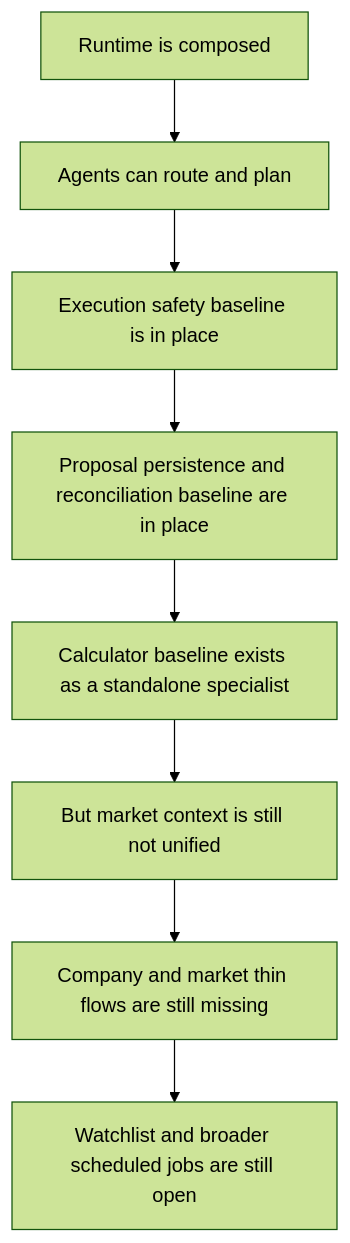
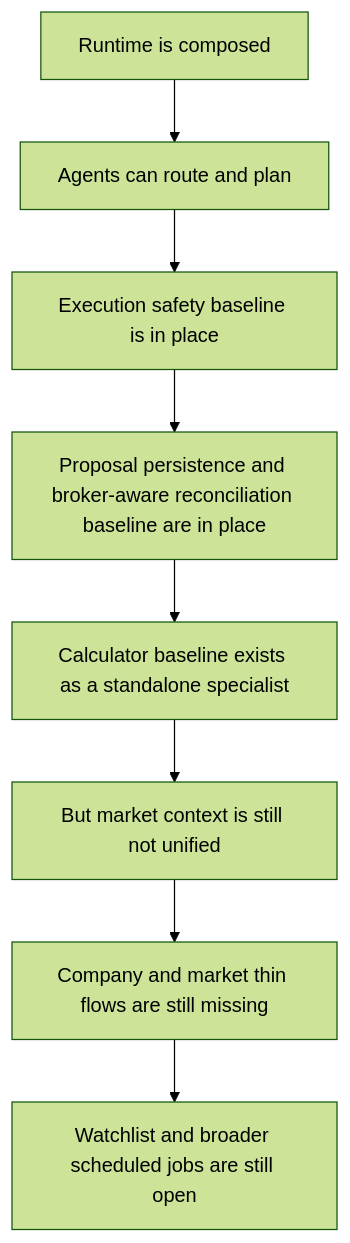
Before and after one commit to applebar17/T212AI: the seventh of 8 diagrams in docs/ARCHITECTURE_DIAGRAMS.md, drawn with Mermaid (forest theme). The commit also changed other lines of this file and 2 other files, not shown here.

````diff
--- a/docs/ARCHITECTURE_DIAGRAMS.md
+++ b/docs/ARCHITECTURE_DIAGRAMS.md
@@ -183,10 +186,10 @@
 ```mermaid
 flowchart TB
     A[Runtime is composed] --> B[Agents can route and plan]
     B --> C[Execution safety baseline is in place]
-    C --> D[Proposal persistence and reconciliation baseline are in place]
+    C --> D[Proposal persistence and broker-aware reconciliation baseline are in place]
     D --> E[Calculator baseline exists as a standalone specialist]
     E --> F[But market context is still not unified]
     F --> G[Company and market thin flows are still missing]
     G --> H[Watchlist and broader scheduled jobs are still open]
 ```
````
